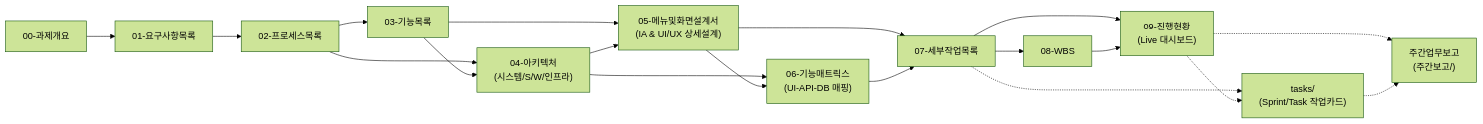
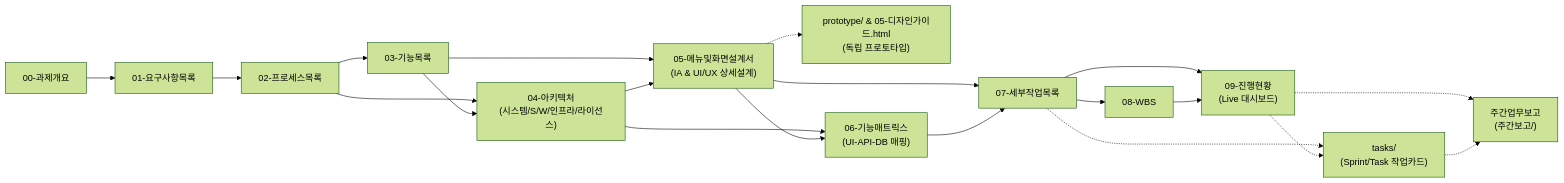
Before and after one commit to h2y0229/h2y-music-app: the diagram in doc/00-과제개요.md, drawn with Mermaid (forest theme). The commit also changed other lines of this file and 30 other files, not shown here.

````diff
--- a/doc/00-과제개요.md
+++ b/doc/00-과제개요.md
@@ -82,14 +84,15 @@
 ```mermaid
 flowchart LR
     D00["00-과제개요"] --> D01["01-요구사항목록"]
     D01 --> D02["02-프로세스목록"]
     D02 --> D03["03-기능목록"]
-    D02 & D03 --> D04["04-아키텍처\n(시스템/S/W/인프라)"]
+    D02 & D03 --> D04["04-아키텍처\n(시스템/S/W/인프라/라이선스)"]
     D03 & D04 --> D05["05-메뉴및화면설계서\n(IA & UI/UX 상세설계)"]
+    D05 -.-> DProto["prototype/ & 05-디자인가이드.html\n(독립 프로토타입)"]
     D04 & D05 --> D06["06-기능매트릭스\n(UI-API-DB 매핑)"]
     D05 & D06 --> D07["07-세부작업목록"]
     D07 --> D08["08-WBS"]
     D07 & D08 --> D09["09-진행현황\n(Live 대시보드)"]
     D07 & D09 -.-> DTasks["tasks/\n(Sprint/Task 작업카드)"]
     D09 & DTasks -.-> WR["주간업무보고\n(주간보고/)"]
 ```
````
